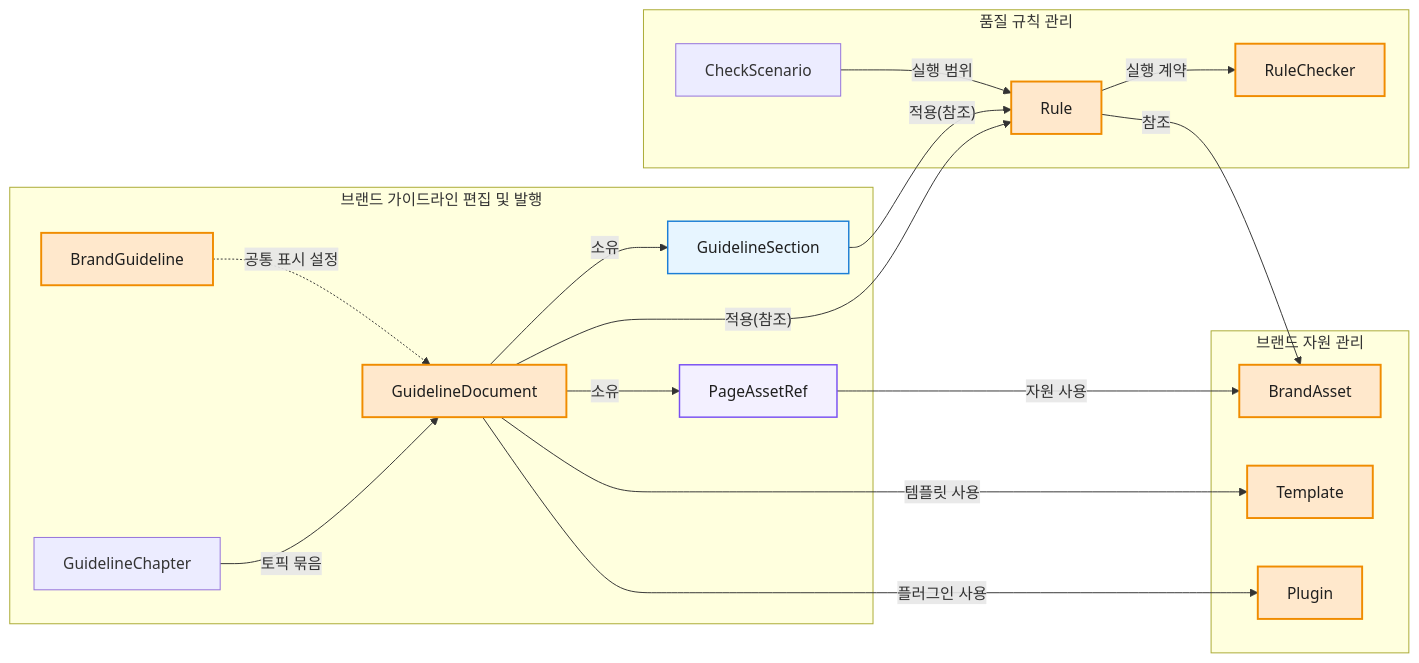
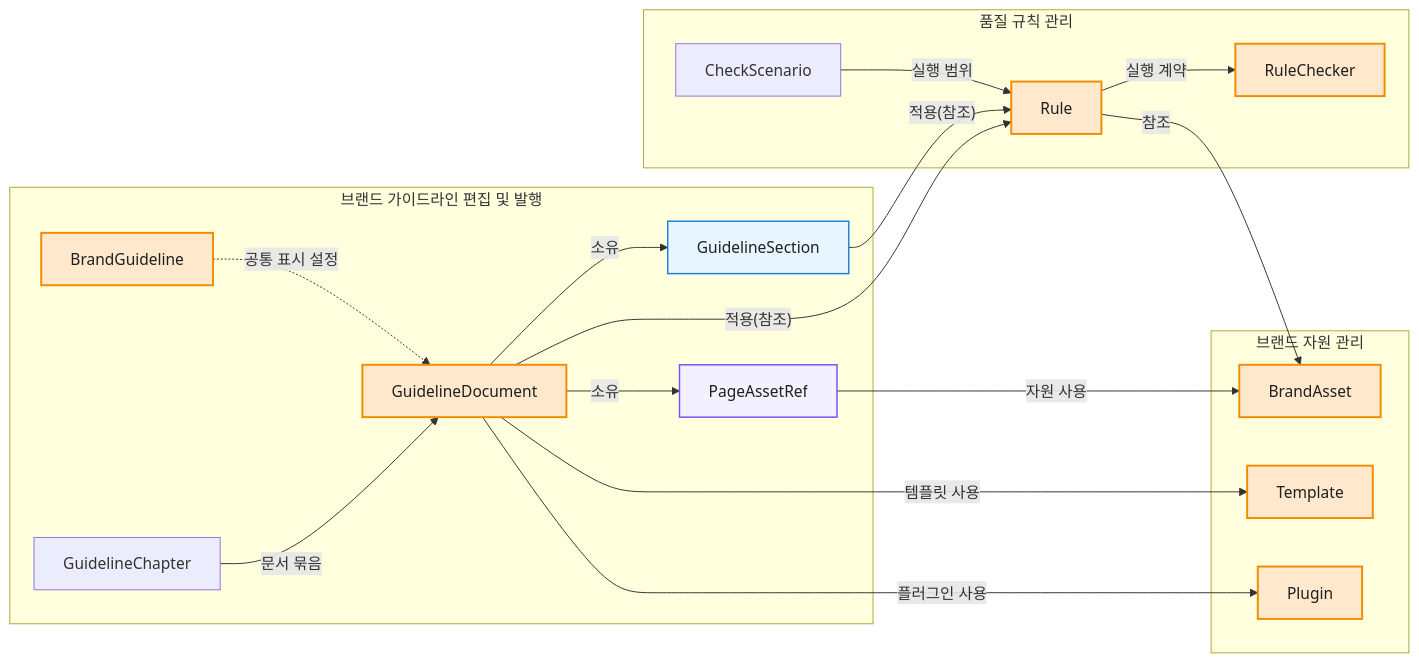
Before and after one commit to Living-Brand-System/living-brand-system: the third of 5 diagrams in docs/04-domain-model.md, drawn with Mermaid. The commit also changed other lines of this file and 10 other files, not shown here.

````diff
--- a/docs/04-domain-model.md
+++ b/docs/04-domain-model.md
@@ -284,43 +284,43 @@
 ```mermaid
 flowchart LR
   subgraph Edit["브랜드 가이드라인 편집 및 발행"]
     BrandGuideline["BrandGuideline"]
     Chapter["GuidelineChapter"]
     Document["GuidelineDocument"]
     Section["GuidelineSection"]
     PageAssetRefNode["PageAssetRef"]
   end
 
   subgraph QualityRule["품질 규칙 관리"]
     Rule["Rule"]
     RuleChecker["RuleChecker"]
     CheckScenario["CheckScenario"]
   end
 
   subgraph Resource["브랜드 자원 관리"]
     BrandAsset["BrandAsset"]
     Template["Template"]
     Plugin["Plugin"]
   end
 
   BrandGuideline -.->|"공통 표시 설정"| Document
-  Chapter -->|"토픽 묶음"| Document
+  Chapter -->|"문서 묶음"| Document
   Document -->|"소유"| Section
   Document -->|"적용(참조)"| Rule
   Section -->|"적용(참조)"| Rule
   Rule -->|"실행 계약"| RuleChecker
   CheckScenario -->|"실행 범위"| Rule
   Document -->|"소유"| PageAssetRefNode
   PageAssetRefNode -->|"자원 사용"| BrandAsset
   Document -->|"템플릿 사용"| Template
   Document -->|"플러그인 사용"| Plugin
   Rule -->|"참조"| BrandAsset
 
   classDef aggregate fill:#FFE8CC,stroke:#F08C00,stroke-width:2px,color:#1F1F1F;
   classDef entity fill:#E7F5FF,stroke:#1C7ED6,stroke-width:1.5px,color:#1F1F1F;
   classDef childEntity fill:#F3F0FF,stroke:#7950F2,stroke-width:1.5px,color:#1F1F1F;
 
   class BrandGuideline,Document,Rule,RuleChecker,BrandAsset,Template,Plugin aggregate;
   class Section entity;
   class PageAssetRefNode childEntity;
 ```
````
